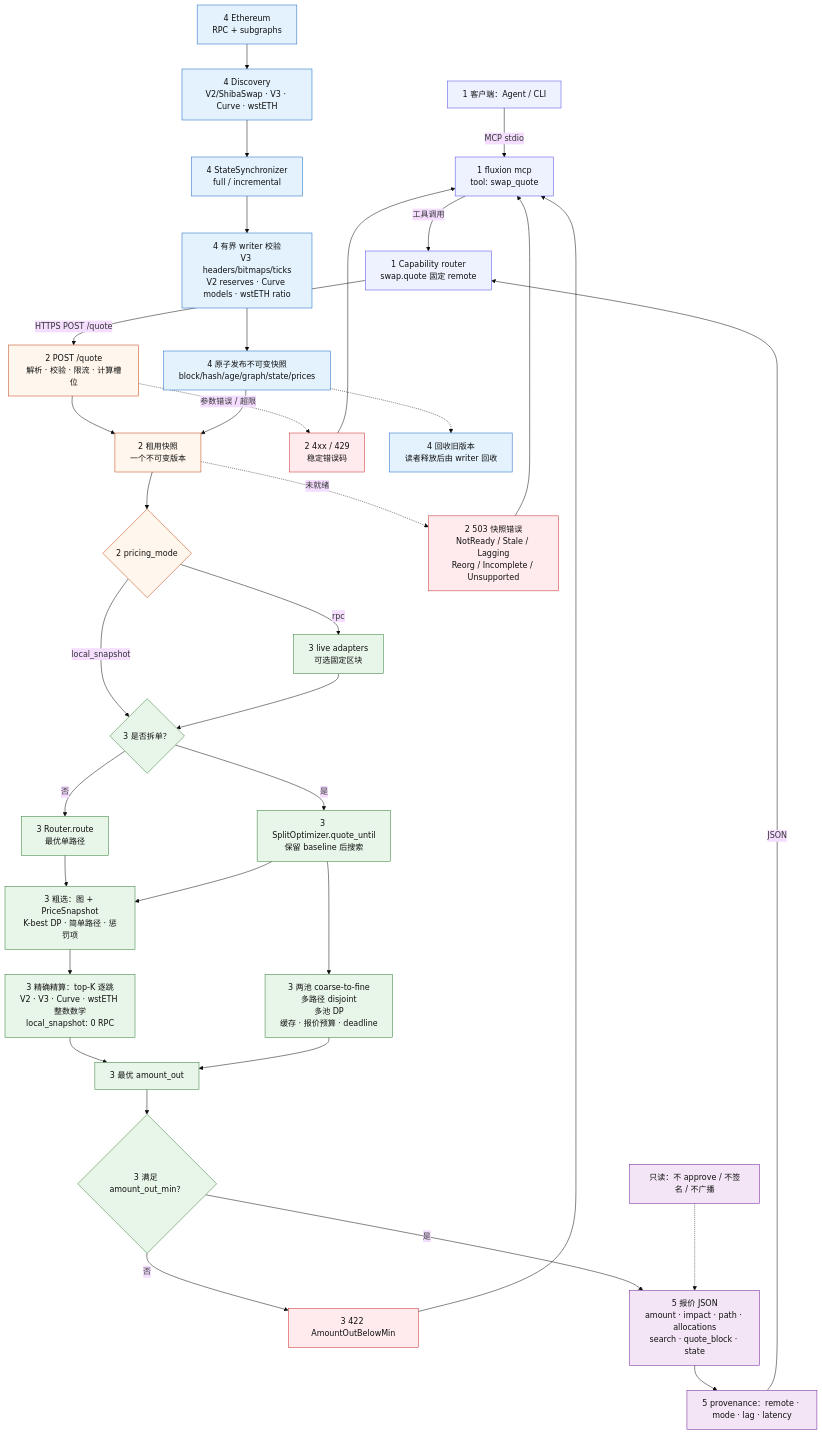
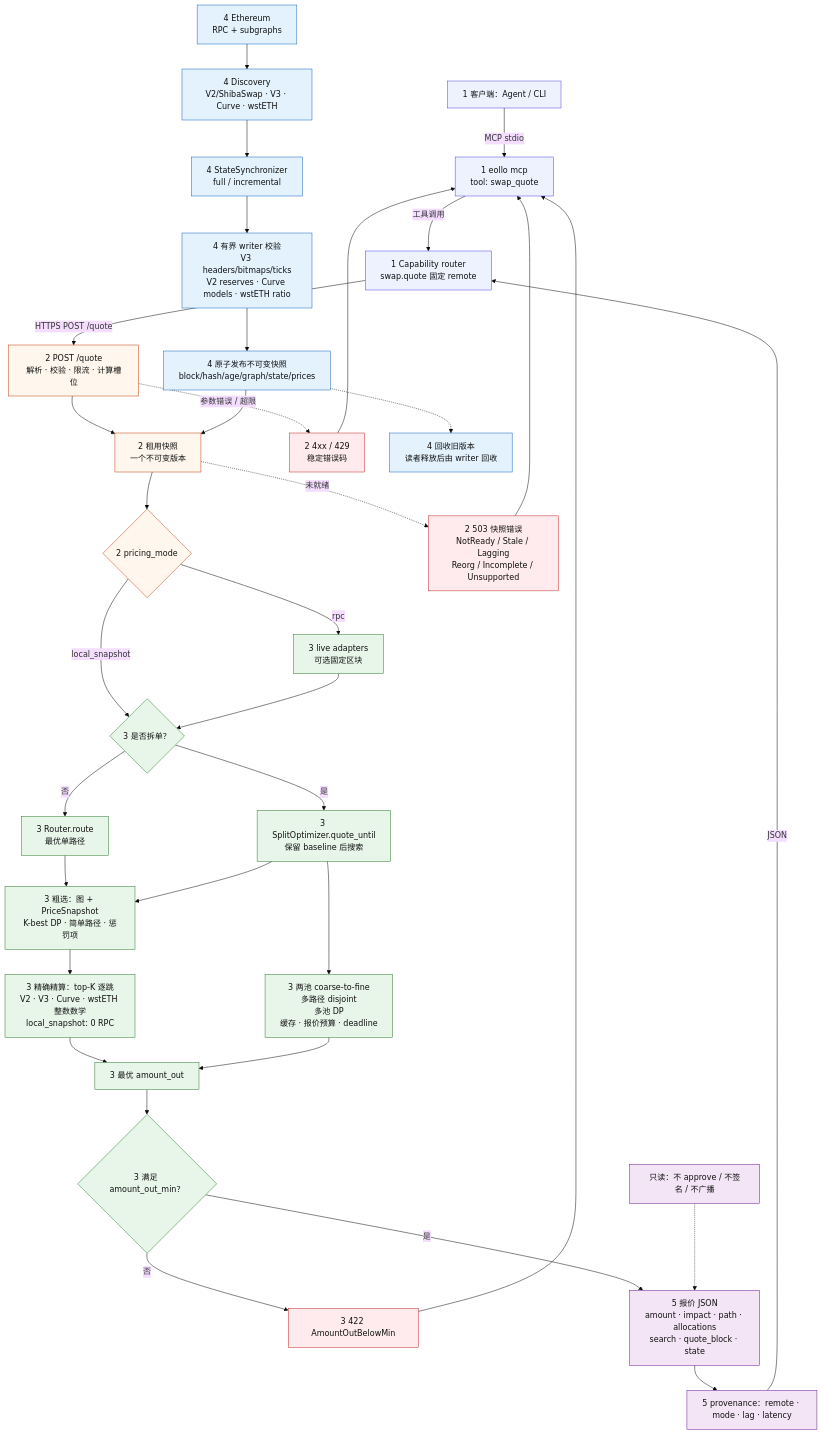
The diagram in docs/capabilities/swap/ARCHITECTURE.zh.md (ZhangPeibin/Fluxion), drawn with Mermaid (base theme) before and after one commit. The commit also changed other lines of this file and 268 other files, not shown here.

First line of the commit message:
refactor: rename Fluxion to Eollo

````diff
--- a/docs/capabilities/swap/ARCHITECTURE.zh.md
+++ b/docs/capabilities/swap/ARCHITECTURE.zh.md
@@ -11,47 +11,47 @@
 ```mermaid
 flowchart TB
   classDef client fill:#eef2ff,stroke:#4f46e5,color:#111
   classDef api fill:#fff7ed,stroke:#c2410c,color:#111
   classDef engine fill:#e8f5e9,stroke:#2e7d32,color:#111
   classDef state fill:#e3f2fd,stroke:#1565c0,color:#111
   classDef error fill:#ffebee,stroke:#c62828,color:#111
   classDef output fill:#f3e5f5,stroke:#6a1b9a,color:#111
 
-  A["1 客户端：Agent / CLI"] -->|MCP stdio| B["1 fluxion mcp<br/>tool: swap_quote"] -->|工具调用| CR["1 Capability router<br/>swap.quote 固定 remote"]
+  A["1 客户端：Agent / CLI"] -->|MCP stdio| B["1 eollo mcp<br/>tool: swap_quote"] -->|工具调用| CR["1 Capability router<br/>swap.quote 固定 remote"]
   CR -->|HTTPS POST /quote| H["2 POST /quote<br/>解析 · 校验 · 限流 · 计算槽位"]
   H --> L["2 租用快照<br/>一个不可变版本"]
   H -. 参数错误 / 超限 .-> ERR1["2 4xx / 429<br/>稳定错误码"]
   L --> M{"2 pricing_mode"}
   L -. 未就绪 .-> ERR2["2 503 快照错误<br/>NotReady / Stale / Lagging<br/>Reorg / Incomplete / Unsupported"]
   M -- local_snapshot --> E{"3 是否拆单？"}
   M -- rpc --> R["3 live adapters<br/>可选固定区块"] --> E
   E -- 否 --> ROUTE["3 Router.route<br/>最优单路径"]
   E -- 是 --> SPLIT["3 SplitOptimizer.quote_until<br/>保留 baseline 后搜索"]
   ROUTE --> COARSE["3 粗选：图 + PriceSnapshot<br/>K-best DP · 简单路径 · 惩罚项"]
   SPLIT --> COARSE
   COARSE --> REF["3 精确精算：top-K 逐跳<br/>V2 · V3 · Curve · wstETH 整数数学<br/>local_snapshot: 0 RPC"]
   REF --> PICK["3 最优 amount_out"]
   SPLIT --> EXTRA["3 两池 coarse-to-fine<br/>多路径 disjoint<br/>多池 DP<br/>缓存 · 报价预算 · deadline"]
   EXTRA --> PICK
   PICK --> MIN{"3 满足 amount_out_min？"}
   MIN -- 否 --> ERR3["3 422 AmountOutBelowMin"]
   CHAIN["4 Ethereum<br/>RPC + subgraphs"] --> DISC["4 Discovery<br/>V2/ShibaSwap · V3 · Curve · wstETH"] --> SYNC["4 StateSynchronizer<br/>full / incremental"]
   SYNC --> VALID["4 有界 writer 校验<br/>V3 headers/bitmaps/ticks<br/>V2 reserves · Curve models · wstETH ratio"]
   VALID --> SNAP["4 原子发布不可变快照<br/>block/hash/age/graph/state/prices"]
   SNAP --> L
   SNAP -.-> RETIRE["4 回收旧版本<br/>读者释放后由 writer 回收"]
   MIN -- 是 --> DTO["5 报价 JSON<br/>amount · impact · path · allocations<br/>search · quote_block · state"]
   DTO --> PROV["5 provenance：remote · mode · lag · latency"]
   PROV -->|JSON| CR
   ERR1 --> B
   ERR2 --> B
   ERR3 --> B
   RO["只读：不 approve / 不签名 / 不广播"] -.-> DTO
 
   class A,B,CR client
   class H,L,M api
   class ERR1,ERR2,ERR3 error
   class E,R,ROUTE,SPLIT,COARSE,REF,PICK,EXTRA,MIN engine
   class CHAIN,DISC,SYNC,VALID,SNAP,RETIRE state
   class DTO,PROV,RO output
 ```
````
